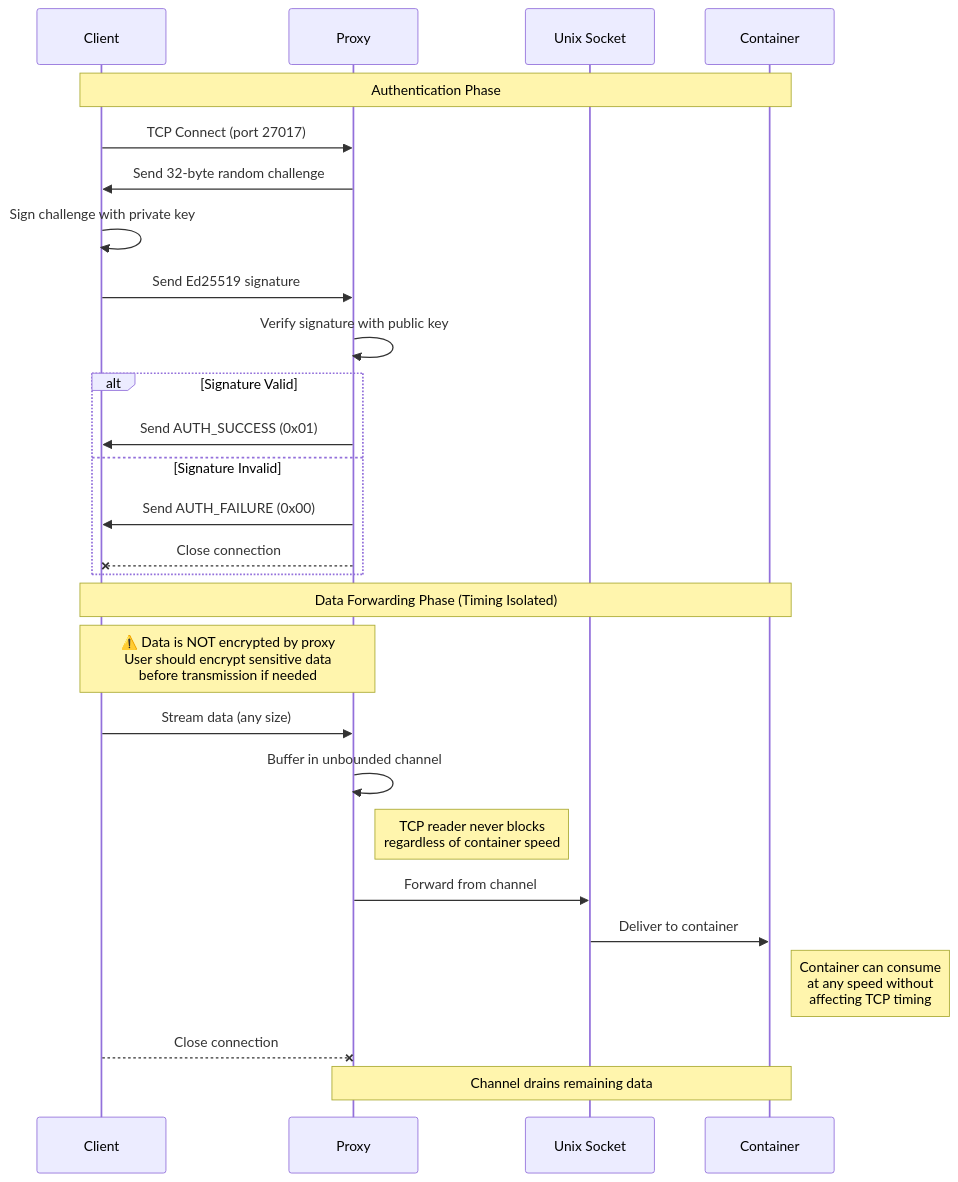
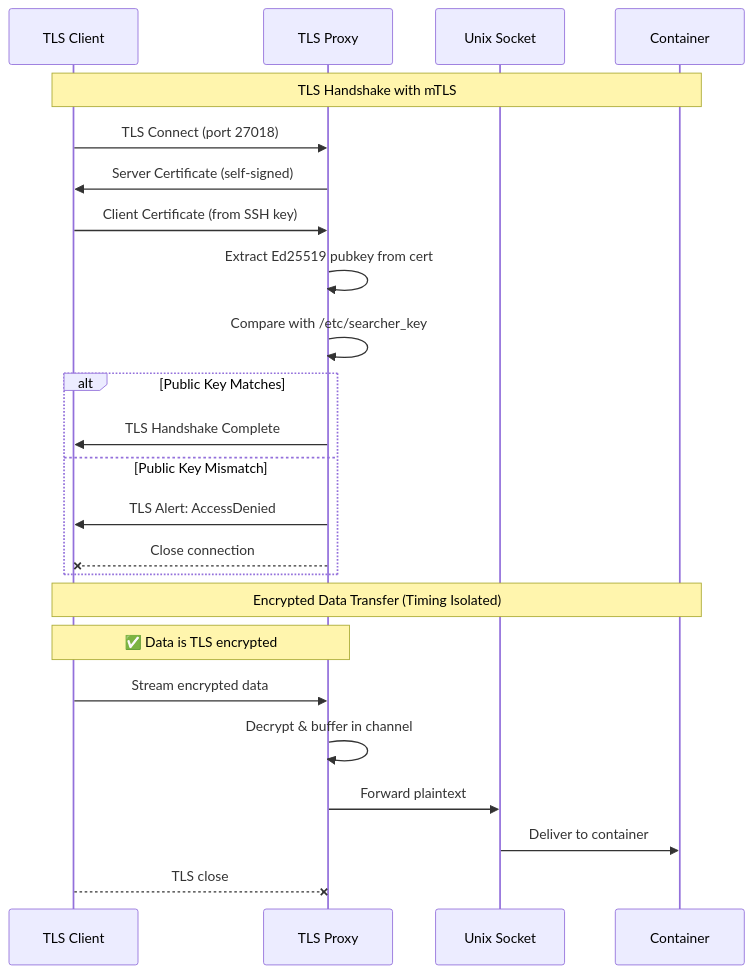
The diagram in README.md (flashbots/input-only-proxy), drawn with Mermaid before and after one commit. The commit also changed other lines of this file and 10 other files, not shown here.

First line of the commit message:
feat: TLS v1.3 approach using SSH ed25519 keypair (#1)

````diff
--- a/README.md
+++ b/README.md
@@ -17,32 +17,29 @@
 ```mermaid
 sequenceDiagram
-    participant C as Client
-    participant P as Proxy
+    participant C as TLS Client
+    participant P as TLS Proxy
     participant U as Unix Socket
     participant Co as Container
     
-    Note over C,Co: Authentication Phase
-    C->>P: TCP Connect (port 27017)
-    P->>C: Send 32-byte random challenge
-    C->>C: Sign challenge with private key
-    C->>P: Send Ed25519 signature
-    P->>P: Verify signature with public key
-    alt Signature Valid
-        P->>C: Send AUTH_SUCCESS (0x01)
-    else Signature Invalid
-        P->>C: Send AUTH_FAILURE (0x00)
+    Note over C,Co: TLS Handshake with mTLS
+    C->>P: TLS Connect (port 27018)
+    P->>C: Server Certificate (self-signed)
+    C->>P: Client Certificate (from SSH key)
+    P->>P: Extract Ed25519 pubkey from cert
+    P->>P: Compare with /etc/searcher_key
+    alt Public Key Matches
+        P->>C: TLS Handshake Complete
+    else Public Key Mismatch
+        P->>C: TLS Alert: AccessDenied
         P--xC: Close connection
     end
     
-    Note over C,Co: Data Forwarding Phase (Timing Isolated)
-    Note over C,P: ⚠️ Data is NOT encrypted by proxy<br/>User should encrypt sensitive data<br/>before transmission if needed
-    C->>P: Stream data (any size)
-    P->>P: Buffer in unbounded channel
-    Note right of P: TCP reader never blocks<br/>regardless of container speed
-    P->>U: Forward from channel
+    Note over C,Co: Encrypted Data Transfer (Timing Isolated)
+    Note over C,P: ✅ Data is TLS encrypted
+    C->>P: Stream encrypted data
+    P->>P: Decrypt & buffer in channel
+    P->>U: Forward plaintext
     U->>Co: Deliver to container
-    Note right of Co: Container can consume<br/>at any speed without<br/>affecting TCP timing
     
-    C--xP: Close connection
-    Note over P,Co: Channel drains remaining data
+    C--xP: TLS close
 ```
````
